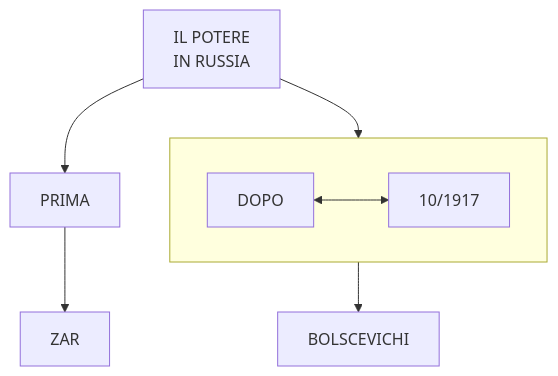
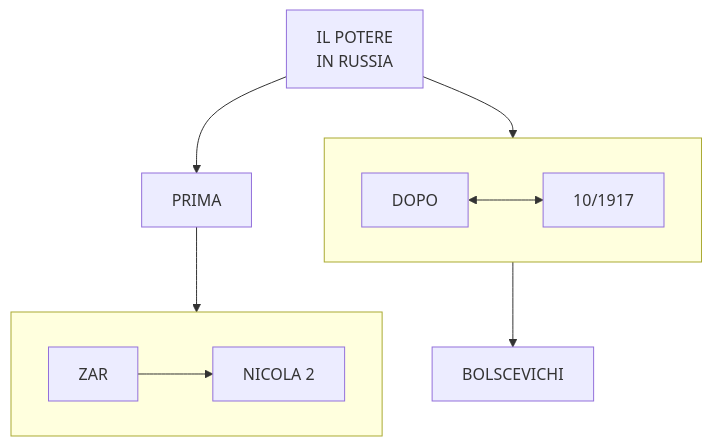
The diagram in stalinismo.md (Laaouatni/ricerca-storia-MermaidJS), drawn with Mermaid before and after one commit. The commit also changed other lines of this file, not shown here.

````diff
--- a/stalinismo.md
+++ b/stalinismo.md
@@ -1,15 +1,19 @@
 ```mermaid
 flowchart TB
     0[IL POTERE <br> IN RUSSIA]
     01[PRIMA]
-    010[ZAR]
+    subgraph 010[" "]
+        0100[ZAR]
+        01000[NICOLA 2]
+        0100 --> 01000
+    end
     subgraph 02[" "]
         020[DOPO]
         0200[10/1917]
         020 <--> 0200
     end
     021[BOLSCEVICHI]
     0 --> 01 & 02
     01 --> 010
     02 --> 021
 ```
````
